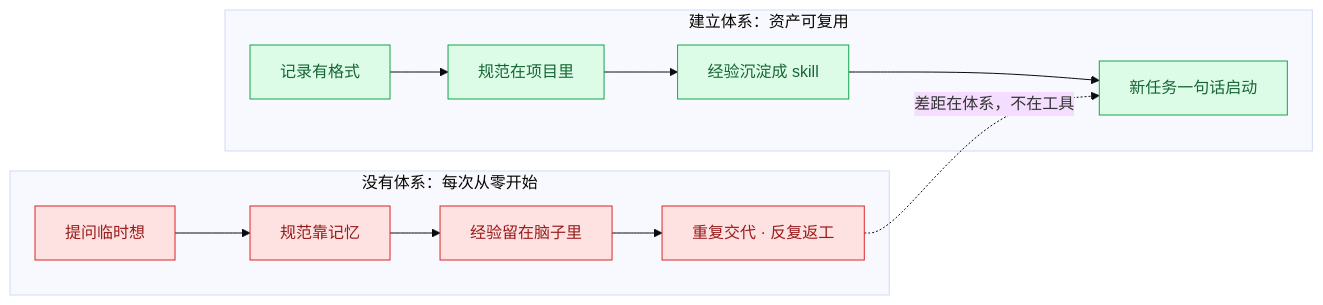
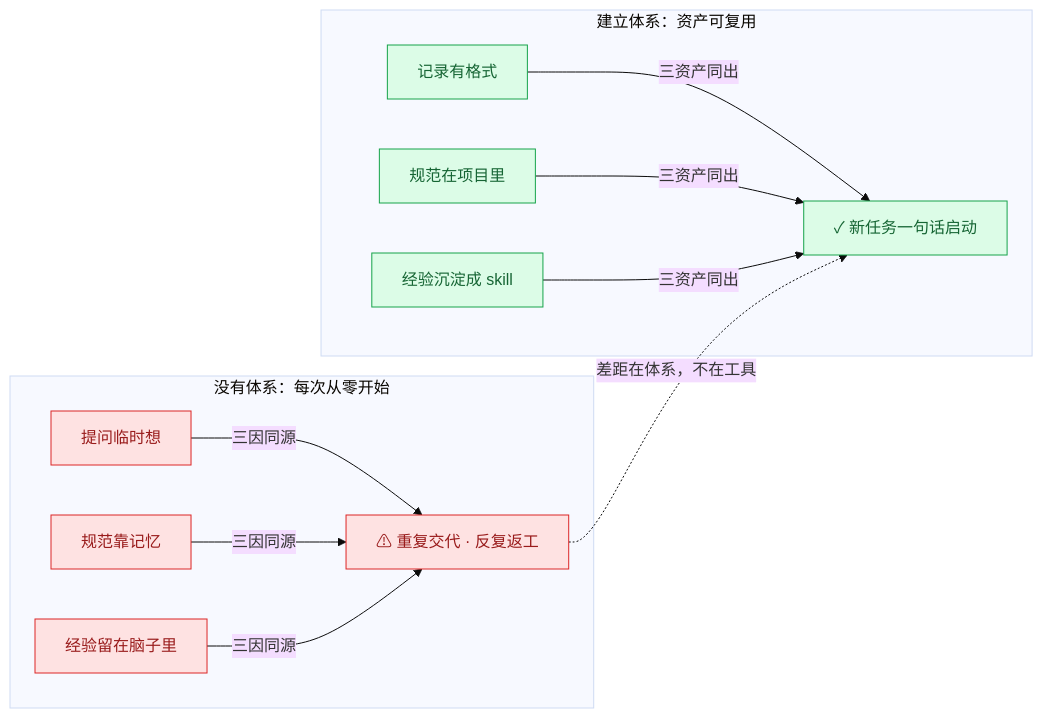
Before and after one commit to masonsxu/notes: the second of 12 diagrams in ppt/ppt2-advanced/opencode-advanced-techniques.md, drawn with Mermaid (base theme). The commit also changed other lines of this file and 1 other file, not shown here.

First line of the commit message:
refactor: 依 design-doc-mermaid 标准重检全部图表（17→22 张）

````diff
--- a/ppt/ppt2-advanced/opencode-advanced-techniques.md
+++ b/ppt/ppt2-advanced/opencode-advanced-techniques.md
@@ -46,15 +46,21 @@
 ```mermaid
 flowchart LR
     classDef risk fill:#FEE2E2,stroke:#DC2626,color:#991B1B
     classDef gate fill:#DCFCE7,stroke:#16A34A,color:#166534
 
     subgraph BAD["没有体系：每次从零开始"]
-        B1["提问临时想"]:::risk --> B2["规范靠记忆"]:::risk
-        B2 --> B3["经验留在脑子里"]:::risk --> B4["重复交代 · 反复返工"]:::risk
+        B1["提问临时想"]:::risk
+        B2["规范靠记忆"]:::risk
+        B3["经验留在脑子里"]:::risk
+        B4["⚠ 重复交代 · 反复返工"]:::risk
+        B1 & B2 & B3 -->|"三因同源"| B4
     end
     subgraph GOOD["建立体系：资产可复用"]
-        G1["记录有格式"]:::gate --> G2["规范在项目里"]:::gate
-        G2 --> G3["经验沉淀成 skill"]:::gate --> G4["新任务一句话启动"]:::gate
+        G1["记录有格式"]:::gate
+        G2["规范在项目里"]:::gate
+        G3["经验沉淀成 skill"]:::gate
+        G4["✓ 新任务一句话启动"]:::gate
+        G1 & G2 & G3 -->|"三资产同出"| G4
     end
     B4 -.->|"差距在体系，不在工具"| G4
 ```
````
